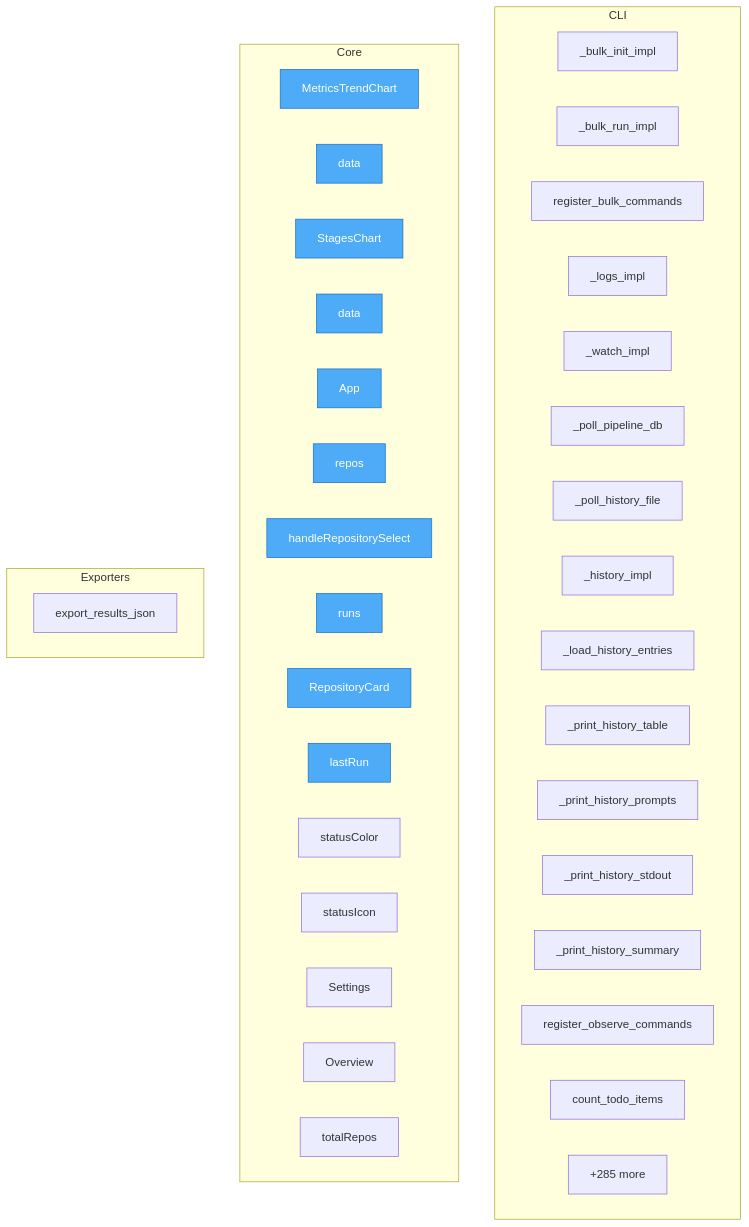
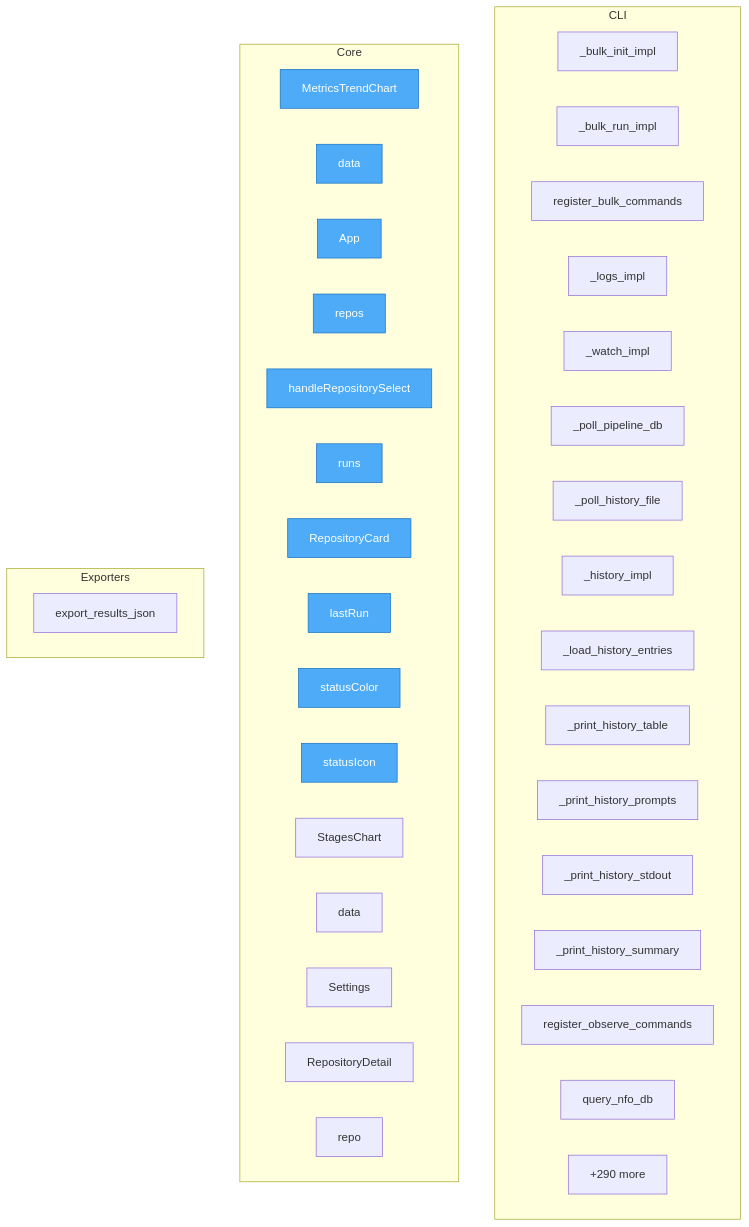
Before and after one commit to semcod/pyqual: the diagram in project/flow.mmd, drawn with Mermaid. The commit also changed 24 other files, not shown here.

```diff
--- a/project/flow.mmd
+++ b/project/flow.mmd
@@ -1,48 +1,48 @@
 flowchart TD
 
     %% Entry points (blue)
     classDef entry fill:#4dabf7,stroke:#1971c2,color:#fff
 
     subgraph CLI
         pyqual__cli_bulk_cmds___bulk_init_impl["_bulk_init_impl"]
         pyqual__cli_bulk_cmds___bulk_run_impl["_bulk_run_impl"]
         pyqual__cli_bulk_cmds__register_bulk_commands["register_bulk_commands"]
         pyqual__cli_observe___logs_impl["_logs_impl"]
         pyqual__cli_observe___watch_impl["_watch_impl"]
         pyqual__cli_observe___poll_pipeline_db["_poll_pipeline_db"]
         pyqual__cli_observe___poll_history_file["_poll_history_file"]
         pyqual__cli_observe___history_impl["_history_impl"]
         pyqual__cli_observe___load_history_entries["_load_history_entries"]
         pyqual__cli_observe___print_history_table["_print_history_table"]
         pyqual__cli_observe___print_history_prompts["_print_history_prompts"]
         pyqual__cli_observe___print_history_stdout["_print_history_stdout"]
         pyqual__cli_observe___print_history_summary["_print_history_summary"]
         pyqual__cli_observe__register_observe_commands["register_observe_commands"]
-        pyqual__cli_run_helpers__count_todo_items["count_todo_items"]
-        ...["+57 more"]
+        pyqual__cli_log_helpers__query_nfo_db["query_nfo_db"]
+        ...["+70 more"]
     end
 
     subgraph Core
         dashboard__src__components__MetricsTrendChart__MetricsTrendChart["MetricsTrendChart"]
         dashboard__src__components__MetricsTrendChart__data["data"]
-        dashboard__src__components__StagesChart__StagesChart["StagesChart"]
-        dashboard__src__components__StagesChart__data["data"]
         dashboard__src__App__App["App"]
         dashboard__src__App__repos["repos"]
         dashboard__src__App__handleRepositorySelect["handleRepositorySelect"]
         dashboard__src__App__runs["runs"]
         dashboard__src__App__RepositoryCard["RepositoryCard"]
         dashboard__src__App__lastRun["lastRun"]
         dashboard__src__App__statusColor["statusColor"]
         dashboard__src__App__statusIcon["statusIcon"]
+        dashboard__src__components__StagesChart__StagesChart["StagesChart"]
+        dashboard__src__components__StagesChart__data["data"]
         dashboard__src__components__Settings__Settings["Settings"]
-        dashboard__src__components__Overview__Overview["Overview"]
-        dashboard__src__components__Overview__totalRepos["totalRepos"]
-        ...["+285 more"]
+        dashboard__src__components__RepositoryDetail__RepositoryDetail["RepositoryDetail"]
+        dashboard__src__components__RepositoryDetail__repo["repo"]
+        ...["+290 more"]
     end
 
     subgraph Exporters
         pyqual__api__export_results_json["export_results_json"]
     end
 
-    class dashboard__src__components__MetricsTrendChart__MetricsTrendChart,dashboard__src__components__MetricsTrendChart__data,dashboard__src__components__StagesChart__StagesChart,dashboard__src__components__StagesChart__data,dashboard__src__App__App,dashboard__src__App__repos,dashboard__src__App__handleRepositorySelect,dashboard__src__App__runs,dashboard__src__App__RepositoryCard,dashboard__src__App__lastRun entry
+    class dashboard__src__components__MetricsTrendChart__MetricsTrendChart,dashboard__src__components__MetricsTrendChart__data,dashboard__src__App__App,dashboard__src__App__repos,dashboard__src__App__handleRepositorySelect,dashboard__src__App__runs,dashboard__src__App__RepositoryCard,dashboard__src__App__lastRun,dashboard__src__App__statusColor,dashboard__src__App__statusIcon entry
```
